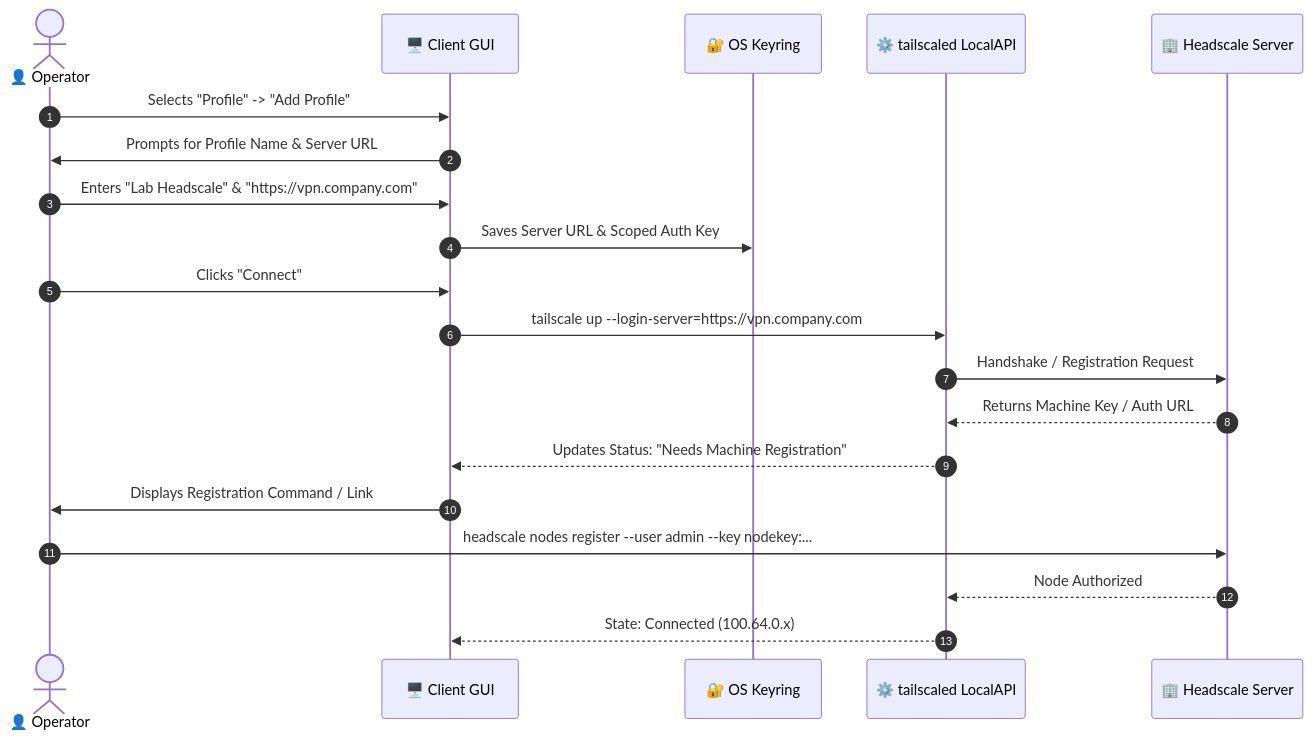
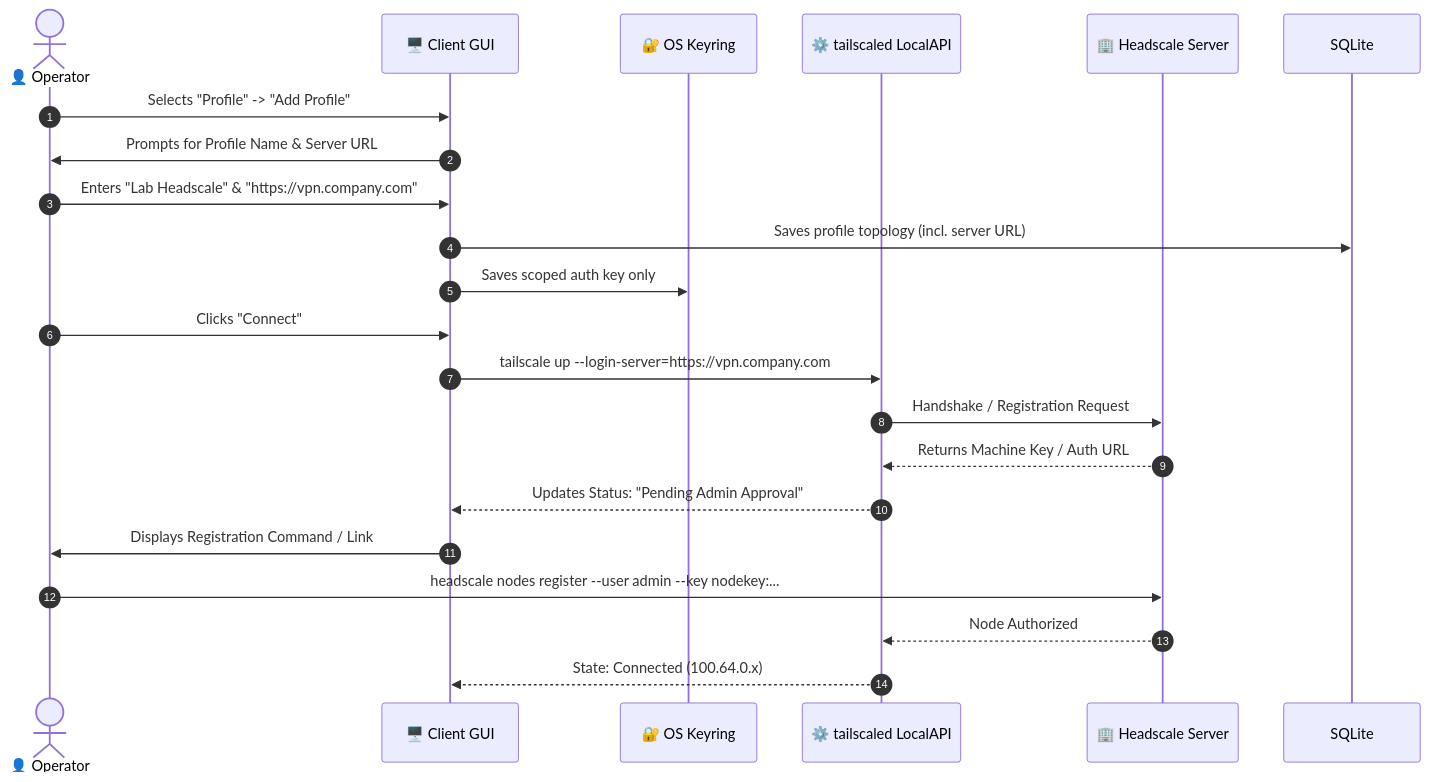
The second of 2 diagrams in Docs/QUICK_START.md (Arean82/Tailscale-Headscale-Client), drawn with Mermaid before and after one commit. The commit also changed other lines of this file and 51 other files, not shown here.

````diff
--- a/Docs/QUICK_START.md
+++ b/Docs/QUICK_START.md
@@ -201,23 +201,24 @@
 ```mermaid
 sequenceDiagram
     autonumber
     actor User as 👤 Operator
     participant UI as 🖥️ Client GUI
     participant Keyring as 🔐 OS Keyring
     participant Daemon as ⚙️ tailscaled LocalAPI
     participant Headscale as 🏢 Headscale Server
 
     User->>UI: Selects "Profile" -> "Add Profile"
     UI->>User: Prompts for Profile Name & Server URL
     User->>UI: Enters "Lab Headscale" & "https://vpn.company.com"
-    UI->>Keyring: Saves Server URL & Scoped Auth Key
+    UI->>SQLite: Saves profile topology (incl. server URL)
+    UI->>Keyring: Saves scoped auth key only
     User->>UI: Clicks "Connect"
     UI->>Daemon: tailscale up --login-server=https://vpn.company.com
     Daemon->>Headscale: Handshake / Registration Request
     Headscale-->>Daemon: Returns Machine Key / Auth URL
-    Daemon-->>UI: Updates Status: "Needs Machine Registration"
+    Daemon-->>UI: Updates Status: "Pending Admin Approval"
     UI->>User: Displays Registration Command / Link
     User->>Headscale: headscale nodes register --user admin --key nodekey:...
     Headscale-->>Daemon: Node Authorized
     Daemon-->>UI: State: Connected (100.64.0.x)
 ```
````
